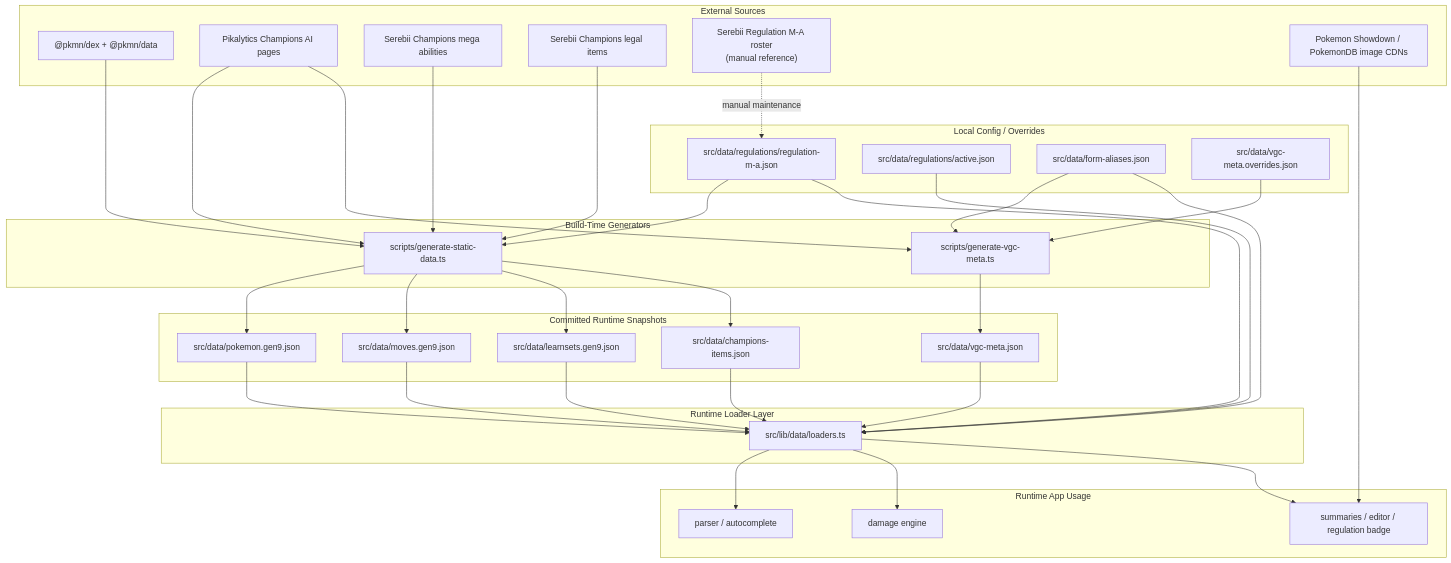
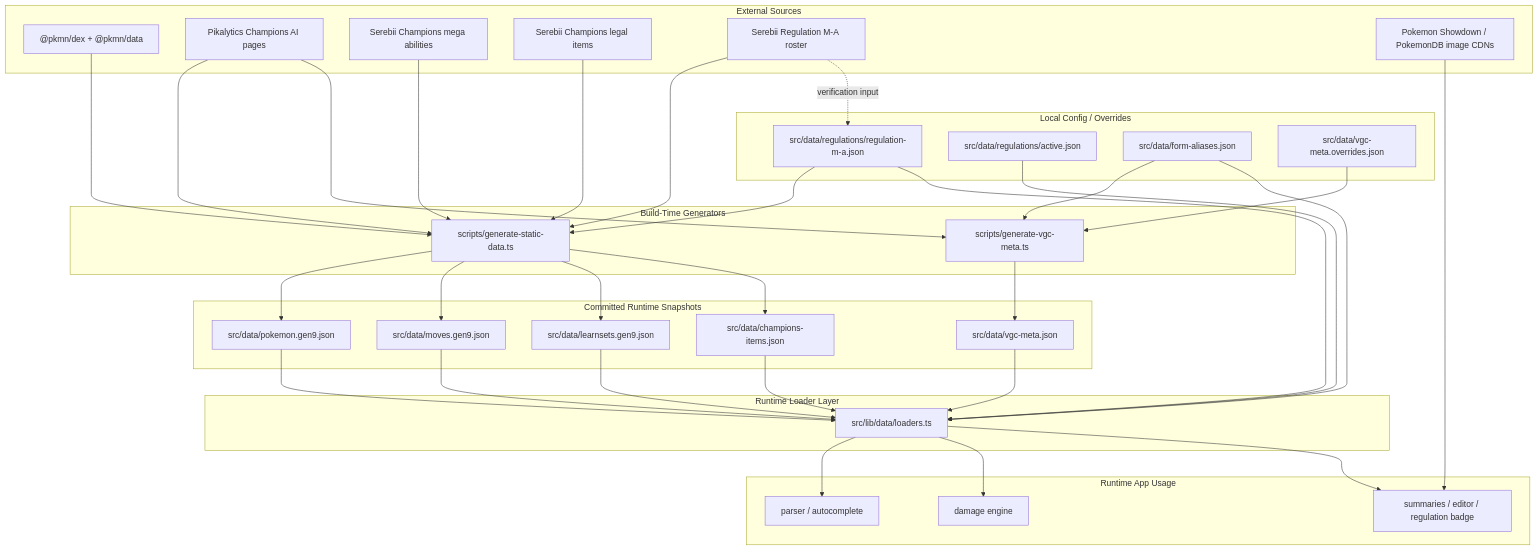
One commit to leandromesq/unburden changed the diagram in docs/data-sources.md. Above: the diagram before and after it, drawn with Mermaid. The commit also changed other lines of this file and 21 other files, not shown here.

````diff
--- a/docs/data-sources.md
+++ b/docs/data-sources.md
@@ -7,68 +7,69 @@
 ```mermaid
 flowchart TD
   subgraph External["External Sources"]
     PKMN["@pkmn/dex + @pkmn/data"]
     PIKA["Pikalytics Champions AI pages"]
     SEREBII_MEGA["Serebii Champions mega abilities"]
     SEREBII_ITEMS["Serebii Champions legal items"]
-    SEREBII_REG["Serebii Regulation M-A roster<br/>(manual reference)"]
+    SEREBII_REG["Serebii Regulation M-A roster"]
     SPRITES["Pokemon Showdown / PokemonDB image CDNs"]
   end
 
   subgraph LocalConfig["Local Config / Overrides"]
     REG["src/data/regulations/regulation-m-a.json"]
     ACTIVE["src/data/regulations/active.json"]
     ALIASES["src/data/form-aliases.json"]
     META_OVR["src/data/vgc-meta.overrides.json"]
   end
 
   subgraph Generators["Build-Time Generators"]
     GEN_STATIC["scripts/generate-static-data.ts"]
     GEN_META["scripts/generate-vgc-meta.ts"]
   end
 
   subgraph Snapshots["Committed Runtime Snapshots"]
     POKEMON["src/data/pokemon.gen9.json"]
     MOVES["src/data/moves.gen9.json"]
     LEARNSETS["src/data/learnsets.gen9.json"]
     ITEMS["src/data/champions-items.json"]
     META["src/data/vgc-meta.json"]
   end
 
   subgraph Runtime["Runtime Loader Layer"]
     LOADERS["src/lib/data/loaders.ts"]
   end
 
   subgraph App["Runtime App Usage"]
     PARSER["parser / autocomplete"]
     CALC["damage engine"]
     UI["summaries / editor / regulation badge"]
   end
 
   PKMN --> GEN_STATIC
   PIKA --> GEN_STATIC
   PIKA --> GEN_META
   SEREBII_MEGA --> GEN_STATIC
   SEREBII_ITEMS --> GEN_STATIC
   REG --> GEN_STATIC
   REG --> LOADERS
   ACTIVE --> LOADERS
   ALIASES --> GEN_META
   ALIASES --> LOADERS
   META_OVR --> GEN_META
   POKEMON --> LOADERS
   MOVES --> LOADERS
   LEARNSETS --> LOADERS
   ITEMS --> LOADERS
   META --> LOADERS
   GEN_STATIC --> POKEMON
   GEN_STATIC --> MOVES
   GEN_STATIC --> LEARNSETS
   GEN_STATIC --> ITEMS
   GEN_META --> META
   LOADERS --> PARSER
   LOADERS --> CALC
   LOADERS --> UI
   SPRITES --> UI
-  SEREBII_REG -. manual maintenance .-> REG
+  SEREBII_REG --> GEN_STATIC
+  SEREBII_REG -. verification input .-> REG
 ```
````
